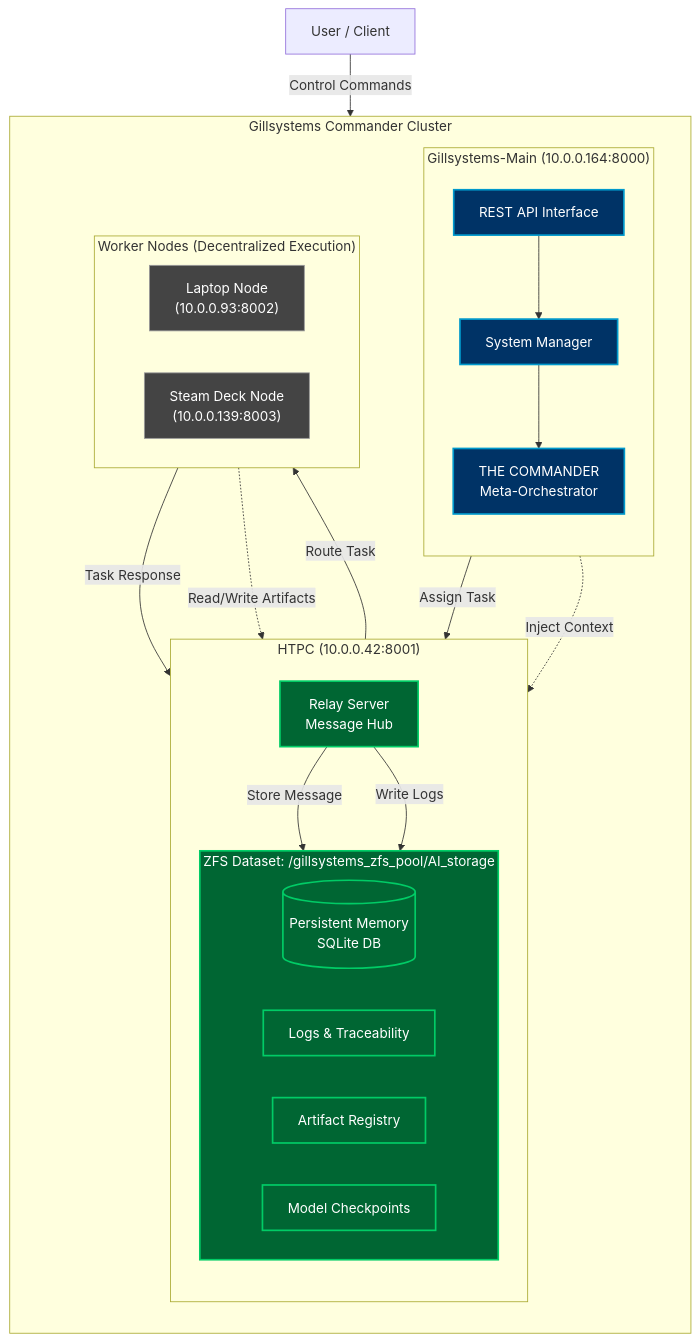
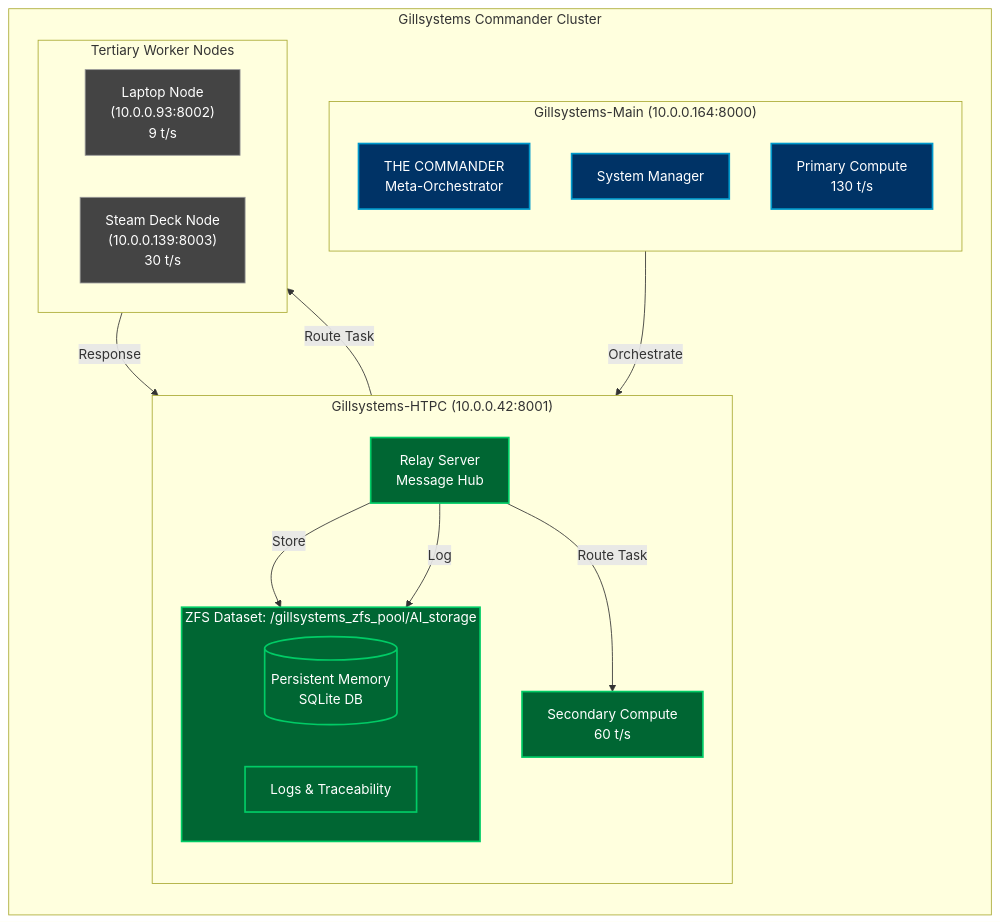
Before and after one commit to OCNGill/The-Commander-Agent: the diagram in diagrams/system_architecture_v1.2.0.mmd, drawn with Mermaid. The commit also changed 17 other files, not shown here.

```diff
--- a/diagrams/system_architecture_v1.2.0.mmd
+++ b/diagrams/system_architecture_v1.2.0.mmd
@@ -1,57 +1,50 @@
-%% Version: 1.2.0 (Aligned to Cluster Topology)
+%% Version: 1.2.1 (Authoritative Performance Mapping)
 %% Authoritative Architecture for Gillsystems Cluster
 
 flowchart TB
   %% Top-level Cluster Topology
   subgraph Cluster["Gillsystems Commander Cluster"]
     direction TB
     
     subgraph MainNode["Gillsystems-Main (10.0.0.164:8000)"]
         direction TB
         Commander[THE COMMANDER\nMeta-Orchestrator]
         SystemMgr[System Manager]
-        RestAPI[REST API Interface]
+        ComputeMain[Primary Compute\n130 t/s]
     end
 
-    subgraph StorageNode["HTPC (10.0.0.42:8001)"]
+    subgraph StorageNode["Gillsystems-HTPC (10.0.0.42:8001)"]
         direction TB
         Relay[Relay Server\nMessage Hub]
+        ComputeHTPC[Secondary Compute\n60 t/s]
         subgraph ZFS["ZFS Dataset: /gillsystems_zfs_pool/AI_storage"]
             direction LR
             Memory[(Persistent Memory\nSQLite DB)]
             LogStore[Logs & Traceability]
-            Artifacts[Artifact Registry]
-            Checkpoints[Model Checkpoints]
         end
     end
 
-    subgraph Workers["Worker Nodes (Decentralized Execution)"]
+    subgraph Workers["Tertiary Worker Nodes"]
         direction LR
-        Laptop["Laptop Node\n(10.0.0.93:8002)"]
-        SteamDeck["Steam Deck Node\n(10.0.0.139:8003)"]
+        Laptop["Laptop Node\n(10.0.0.93:8002)\n9 t/s"]
+        SteamDeck["Steam Deck Node\n(10.0.0.139:8003)\n30 t/s"]
     end
   end
 
   %% Data & Control Flows
-  User[User / Client] -->|Control Commands| RestAPI
-  RestAPI --> SystemMgr
-  SystemMgr --> Commander
-  
-  Commander -->|Assign Task| Relay
+  Commander -->|Orchestrate| Relay
+  Relay -->|Route Task| ComputeHTPC
   Relay -->|Route Task| Workers
   
-  Workers -->|Task Response| Relay
-  Relay -->|Store Message| Memory
-  Relay -->|Write Logs| LogStore
-  
-  Workers -.->|Read/Write Artifacts| Artifacts
-  Commander -.->|Inject Context| Memory
+  Workers -->|Response| Relay
+  Relay -->|Store| Memory
+  Relay -->|Log| LogStore
   
   %% Style
   classDef primary fill:#003366,color:#fff,stroke:#0099cc,stroke-width:2px;
   classDef storage fill:#006633,color:#fff,stroke:#00cc66,stroke-width:2px;
   classDef worker fill:#444,color:#fff,stroke:#999,stroke-width:1px;
   
-  class Commander,SystemMgr,RestAPI primary;
-  class Relay,Memory,LogStore,Artifacts,Checkpoints,ZFS storage;
+  class Commander,SystemMgr,ComputeMain primary;
+  class Relay,Memory,LogStore,ZFS,ComputeHTPC storage;
   class Laptop,SteamDeck worker;
```
